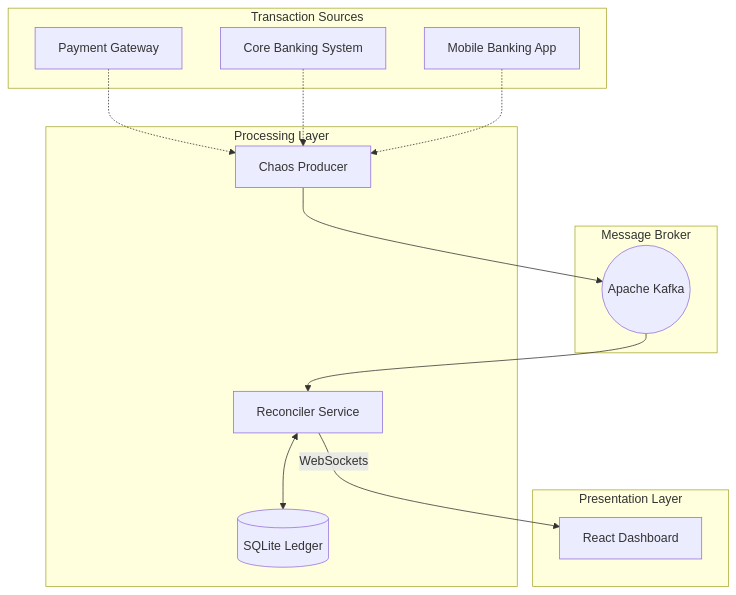
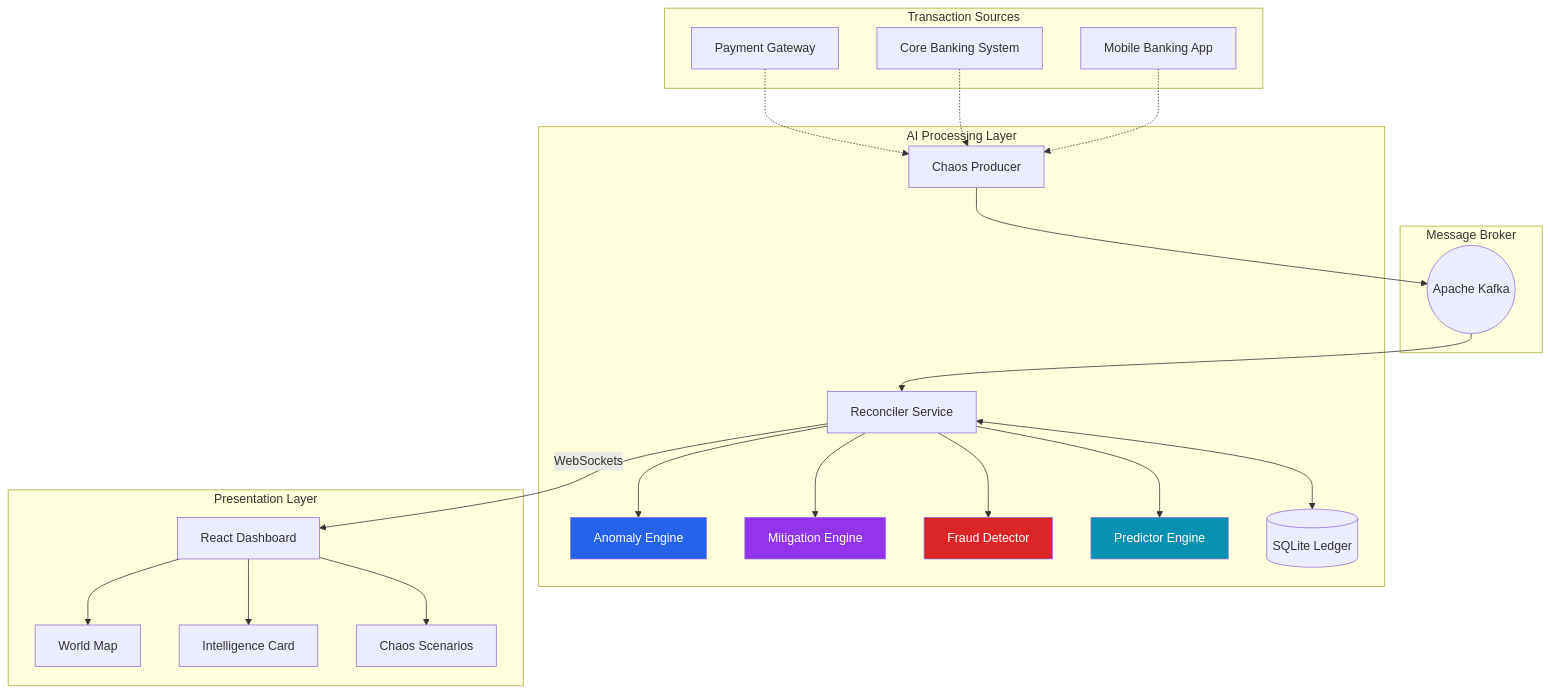
Before and after one commit to aryan-dani/Reconciliation-Engine: the diagram in README.md, drawn with Mermaid. The commit also changed other lines of this file and 10 other files, not shown here.

````diff
--- a/README.md
+++ b/README.md
@@ -39,26 +130,38 @@
 ```mermaid
 graph TB
     subgraph "Transaction Sources"
         PG[Payment Gateway]
         CBS[Core Banking System]
         MB[Mobile Banking App]
     end
 
     subgraph "Message Broker"
         K((Apache Kafka))
     end
 
-    subgraph "Processing Layer"
+    subgraph "AI Processing Layer"
         CP[Chaos Producer] --> K
         K --> RS[Reconciler Service]
+        RS --> AE[Anomaly Engine]
+        RS --> ME[Mitigation Engine]
+        RS --> FD[Fraud Detector]
+        RS --> PE[Predictor Engine]
         RS <--> DB[(SQLite Ledger)]
     end
 
     subgraph "Presentation Layer"
         RS -- "WebSockets" --> RD[React Dashboard]
+        RD --> WM[World Map]
+        RD --> IC[Intelligence Card]
+        RD --> CS[Chaos Scenarios]
     end
 
     PG -.-> CP
     CBS -.-> CP
     MB -.-> CP
+
+    style ME fill:#9333ea,color:#fff
+    style FD fill:#dc2626,color:#fff
+    style PE fill:#0891b2,color:#fff
+    style AE fill:#2563eb,color:#fff
 ```
````
